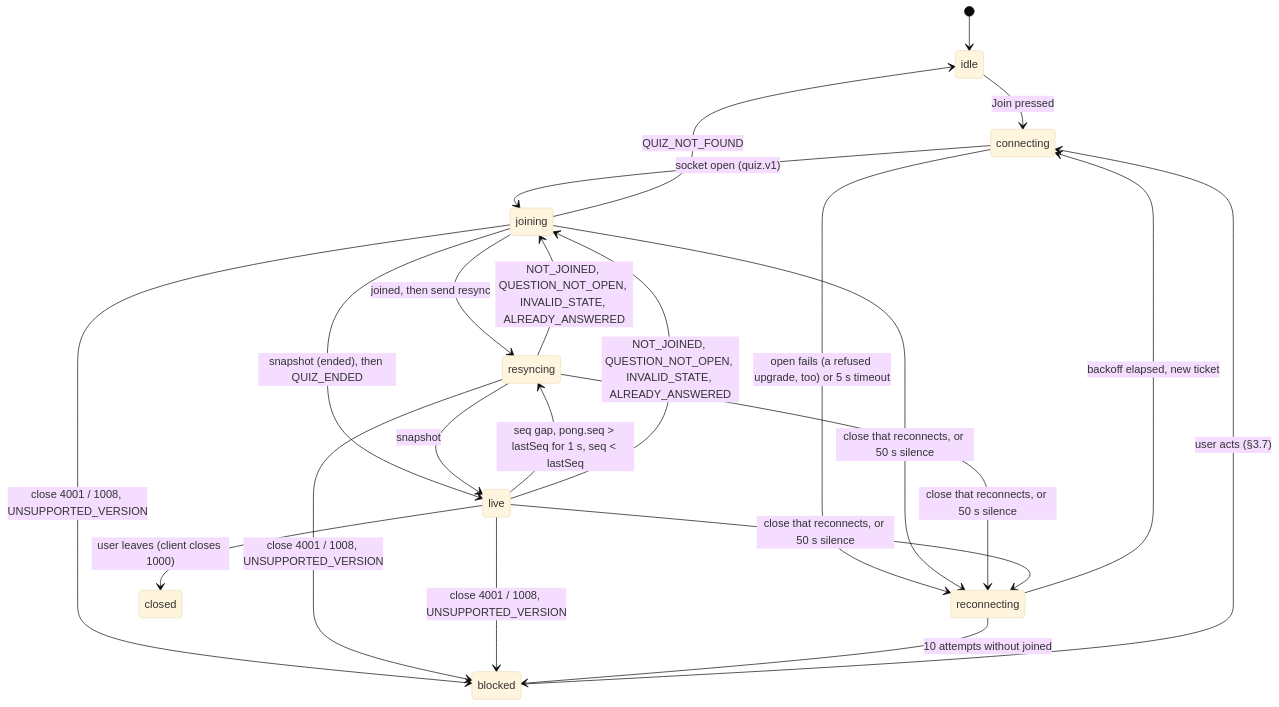
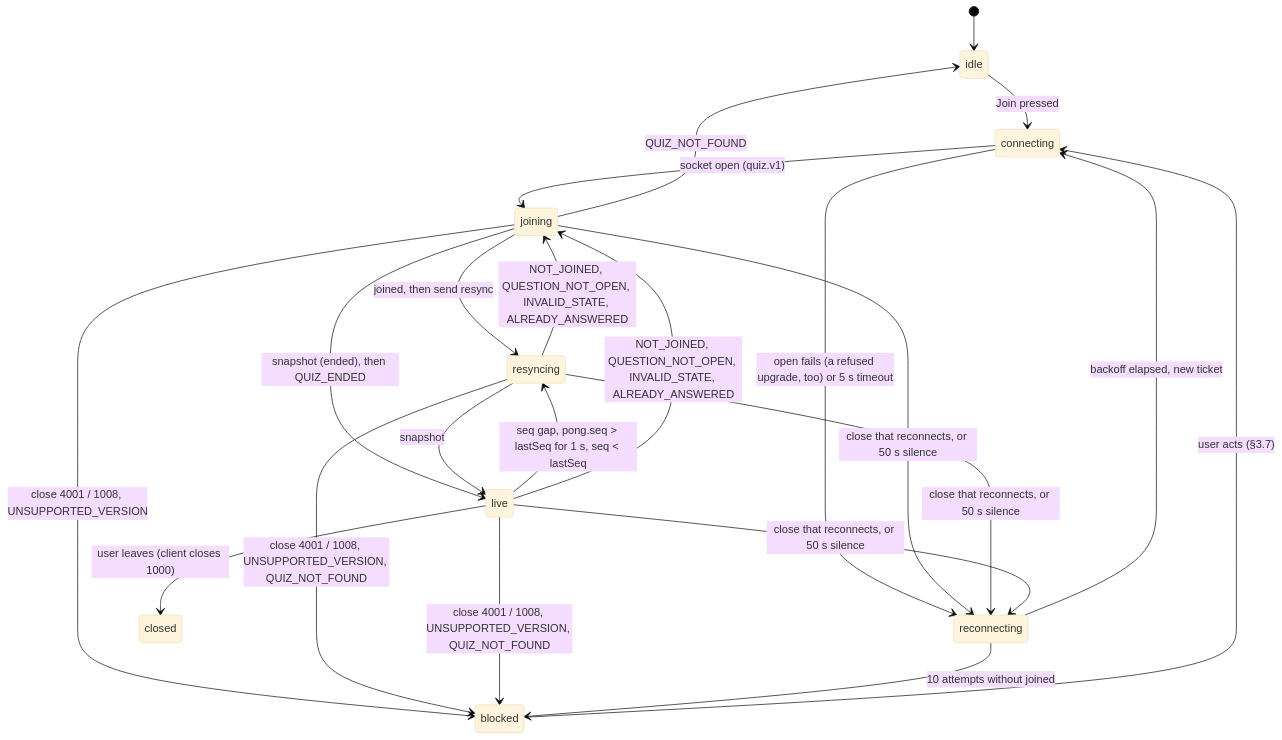
Before and after one commit to kobars/realtime-vocab-quiz: the first of 2 diagrams in docs/spec/ui.md, drawn with Mermaid (base theme). The commit also changed other lines of this file and 12 other files, not shown here.

````diff
--- a/docs/spec/ui.md
+++ b/docs/spec/ui.md
@@ -120,24 +123,24 @@
 ```mermaid
 stateDiagram-v2
     [*] --> idle
     idle --> connecting: Join pressed
     connecting --> joining: socket open (quiz.v1)
     connecting --> reconnecting: open fails (a refused upgrade, too) or 5 s timeout
     joining --> resyncing: joined, then send resync
     joining --> live: snapshot (ended), then QUIZ_ENDED
     joining --> idle: QUIZ_NOT_FOUND
     resyncing --> live: snapshot
     live --> resyncing: seq gap, pong.seq > lastSeq for 1 s, seq < lastSeq
     live --> joining: NOT_JOINED, QUESTION_NOT_OPEN, INVALID_STATE, ALREADY_ANSWERED
     resyncing --> joining: NOT_JOINED, QUESTION_NOT_OPEN, INVALID_STATE, ALREADY_ANSWERED
     joining --> reconnecting: close that reconnects, or 50 s silence
     resyncing --> reconnecting: close that reconnects, or 50 s silence
     live --> reconnecting: close that reconnects, or 50 s silence
     joining --> blocked: close 4001 / 1008, UNSUPPORTED_VERSION
-    resyncing --> blocked: close 4001 / 1008, UNSUPPORTED_VERSION
-    live --> blocked: close 4001 / 1008, UNSUPPORTED_VERSION
+    resyncing --> blocked: close 4001 / 1008, UNSUPPORTED_VERSION, QUIZ_NOT_FOUND
+    live --> blocked: close 4001 / 1008, UNSUPPORTED_VERSION, QUIZ_NOT_FOUND
     reconnecting --> connecting: backoff elapsed, new ticket
     reconnecting --> blocked: 10 attempts without joined
     live --> closed: user leaves (client closes 1000)
     blocked --> connecting: user acts (§3.7)
 ```
````
